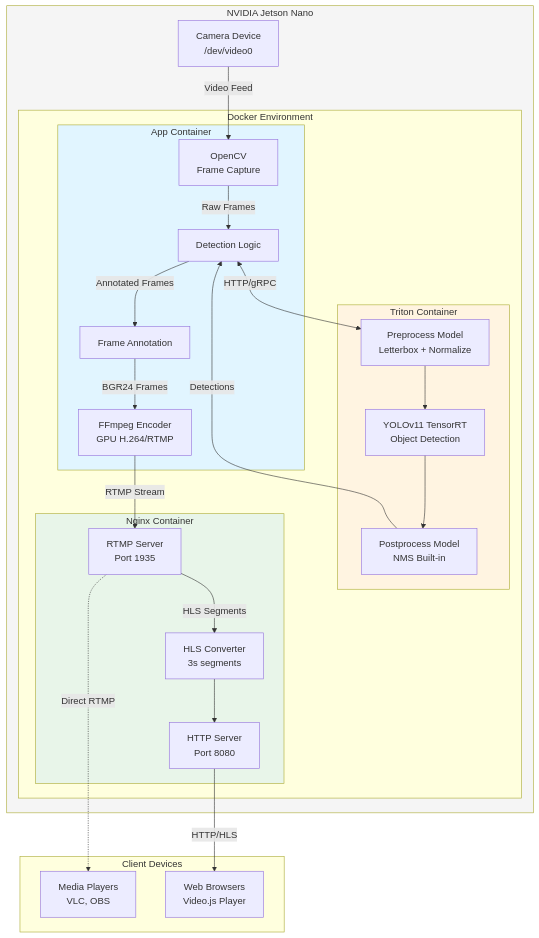
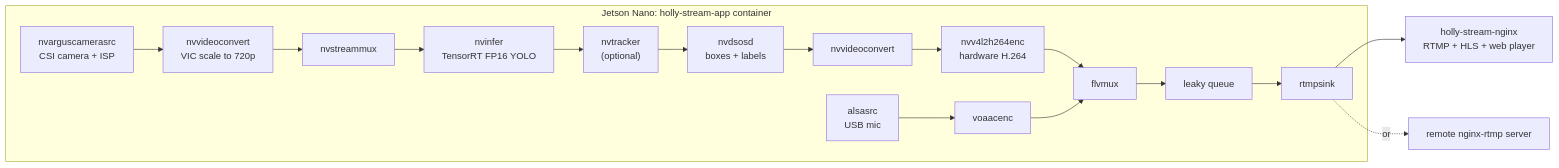
Before and after one commit to rcland12/holly-stream: the diagram in README.md, drawn with Mermaid. The commit also changed other lines of this file and 138 other files, not shown here.

Commit message:
migrate away from triton to deepstream approach, rewrite docs with new approach, replace nginx with new nginx approach

````diff
--- a/README.md
+++ b/README.md
@@ -64,51 +27,18 @@
 ```mermaid
-flowchart TB
-    subgraph JetsonNano["NVIDIA Jetson Nano"]
-        Camera["Camera Device<br/>/dev/video0"]
-
-        subgraph DockerEnv["Docker Environment"]
-            subgraph AppContainer["App Container"]
-                CameraCapture["OpenCV<br/>Frame Capture"]
-                Detector["Detection Logic"]
-                Annotator["Frame Annotation"]
-                FFmpeg["FFmpeg Encoder<br/>GPU H.264/RTMP"]
-            end
-
-            subgraph TritonContainer["Triton Container"]
-                Preprocess["Preprocess Model<br/>Letterbox + Normalize"]
-                YOLOModel["YOLOv11 TensorRT<br/>Object Detection"]
-                Postprocess["Postprocess Model<br/>NMS Built-in"]
-            end
-
-            subgraph NginxContainer["Nginx Container"]
-                RTMPServer["RTMP Server<br/>Port 1935"]
-                HLSConverter["HLS Converter<br/>3s segments"]
-                WebServer["HTTP Server<br/>Port 8080"]
-            end
-        end
+flowchart LR
+    subgraph Nano["Jetson Nano: holly-stream-app container"]
+        CAM["nvarguscamerasrc<br/>CSI camera + ISP"] --> VIC1["nvvideoconvert<br/>VIC scale to 720p"]
+        VIC1 --> MUX["nvstreammux"]
+        MUX --> INF["nvinfer<br/>TensorRT FP16 YOLO"]
+        INF --> TRK["nvtracker<br/>(optional)"]
+        TRK --> OSD["nvdsosd<br/>boxes + labels"]
+        OSD --> VIC2["nvvideoconvert"]
+        VIC2 --> ENC["nvv4l2h264enc<br/>hardware H.264"]
+        MIC["alsasrc<br/>USB mic"] --> AAC["voaacenc"]
+        ENC --> FLV["flvmux"]
+        AAC --> FLV
+        FLV --> Q["leaky queue"] --> RTMP["rtmpsink"]
     end
-
-    subgraph Clients["Client Devices"]
-        MediaPlayer["Media Players<br/>VLC, OBS"]
-        WebBrowser["Web Browsers<br/>Video.js Player"]
-    end
-
-    Camera -->|Video Feed| CameraCapture
-    CameraCapture -->|Raw Frames| Detector
-    Detector <-->|HTTP/gRPC| Preprocess
-    Preprocess --> YOLOModel
-    YOLOModel --> Postprocess
-    Postprocess -->|Detections| Detector
-    Detector -->|Annotated Frames| Annotator
-    Annotator -->|BGR24 Frames| FFmpeg
-    FFmpeg -->|RTMP Stream| RTMPServer
-    RTMPServer -->|HLS Segments| HLSConverter
-    HLSConverter --> WebServer
-    RTMPServer -.->|Direct RTMP| MediaPlayer
-    WebServer -->|HTTP/HLS| WebBrowser
-
-    style AppContainer fill:#e1f5ff
-    style TritonContainer fill:#fff4e1
-    style NginxContainer fill:#e8f5e9
-    style JetsonNano fill:#f5f5f5
+    RTMP --> NGINX["holly-stream-nginx<br/>RTMP + HLS + web player"]
+    RTMP -. or .-> SERVER["remote nginx-rtmp server"]
 ```
````
